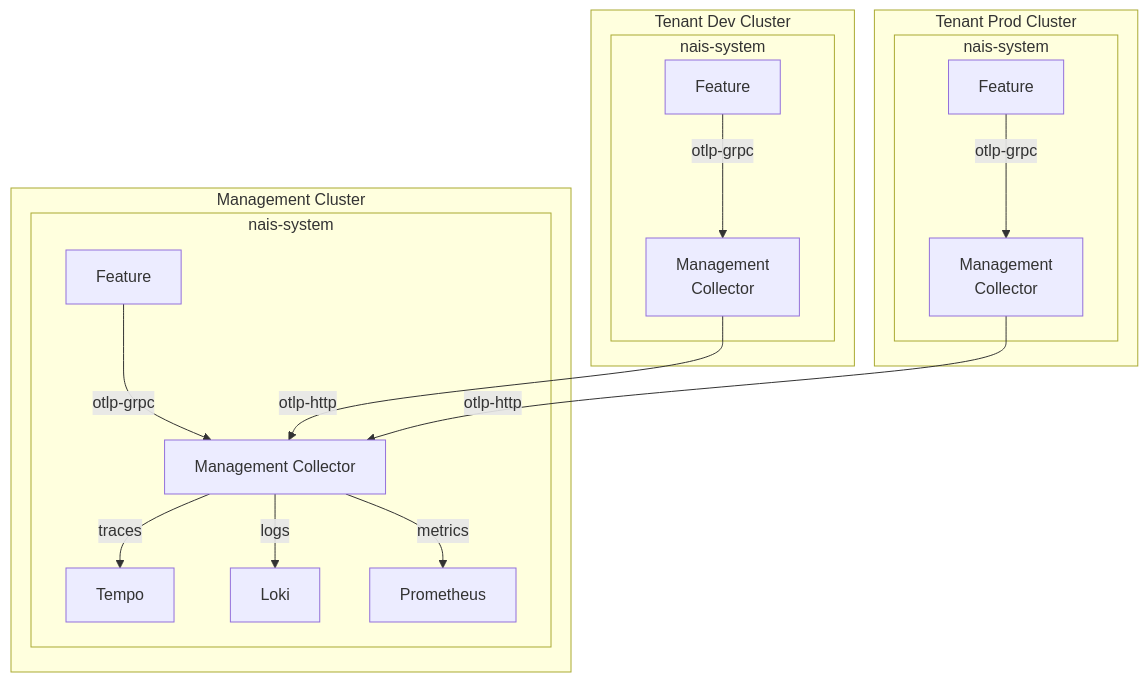
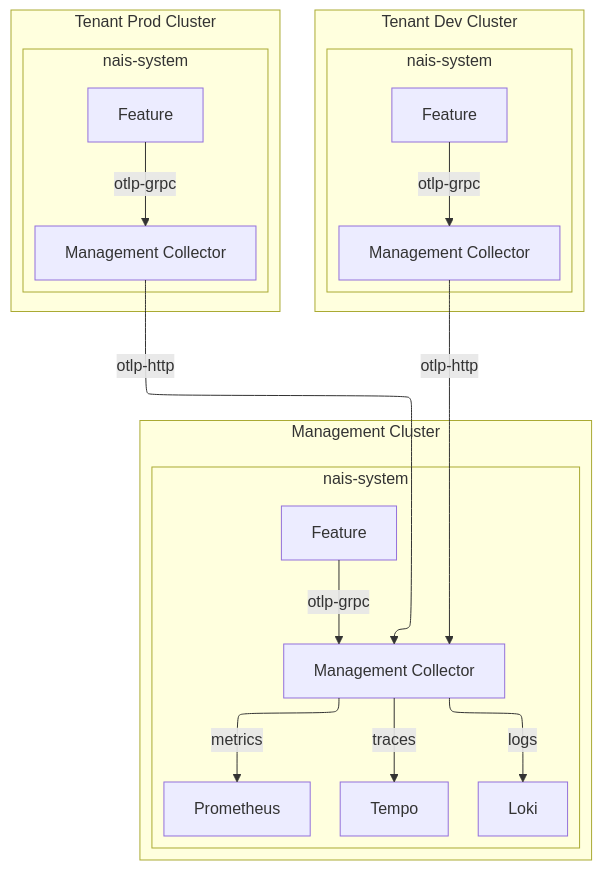
The third of 3 diagrams in docs/technical/observability.md (nais/handbook), drawn with Mermaid before and after one commit.

Commit message:
Set default renderer for memaid diagram

````diff
--- a/docs/technical/observability.md
+++ b/docs/technical/observability.md
@@ -95,37 +95,42 @@
 ```mermaid
-graph TD
+---
+config:
+    flowchart:
+        defaultRenderer: elk
+---
+flowchart
   subgraph "management"[Management Cluster]
     subgraph "management-nais-system"[nais-system]
       OtelCollector[Management Collector]
       Tempo
       Loki
       Prometheus
       Feature[Feature]
     end
   end
 
   subgraph "dev"[Tenant Dev Cluster]
     subgraph "dev-nais-system"[nais-system]
       DevFeature[Feature]
-      DevOtelC[Management\nCollector]
+      DevOtelC[Management Collector]
     end
   end
 
   subgraph "prod"[Tenant Prod Cluster]
     subgraph "prod-nais-system"[nais-system]
       ProdFeature[Feature]
-      ProdOtelC[Management\nCollector]
+      ProdOtelC[Management Collector]
     end
   end
 
   Feature -- otlp-grpc --> OtelCollector
 
   DevFeature -- otlp-grpc --> DevOtelC
   ProdFeature -- otlp-grpc --> ProdOtelC
   DevOtelC -- otlp-http --> OtelCollector
   ProdOtelC -- otlp-http --> OtelCollector
 
   OtelCollector -- traces --> Tempo
   OtelCollector -- logs --> Loki
   OtelCollector -- metrics --> Prometheus
 ```
````
